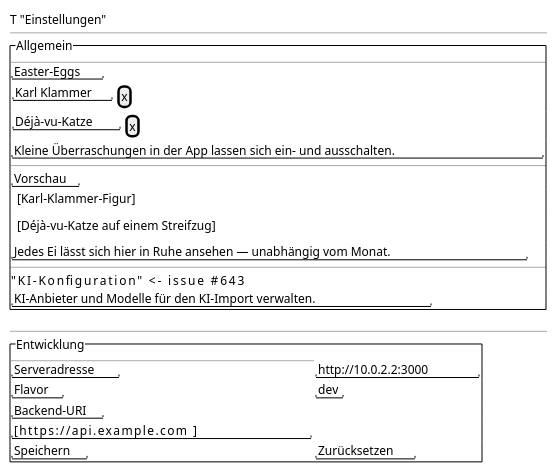
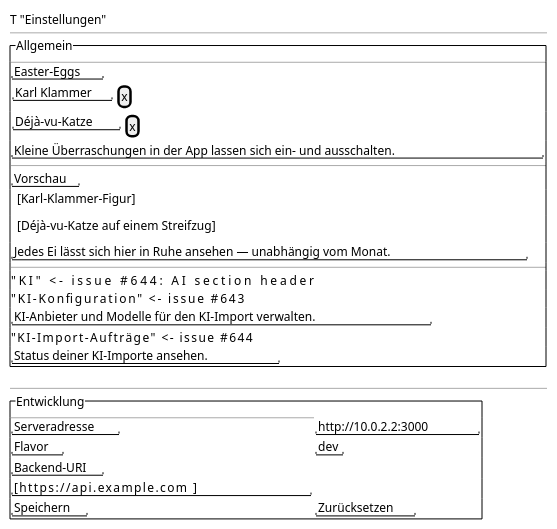
The diagram in docs/design/screens/settings.md (tradem/breakdown-rs), drawn with PlantUML before and after one commit. The commit also changed other lines of this file and 15 other files, not shown here.

````diff
--- a/docs/design/screens/settings.md
+++ b/docs/design/screens/settings.md
@@ -34,32 +36,35 @@
 ```plantuml
 @startsalt
 {
   T "Einstellungen"
   --
   {^ "Allgemein"
     --
     "Easter-Eggs"
     { "Karl Klammer" | [x] }
     { "Déjà-vu-Katze" | [x] }
     "Kleine Überraschungen in der App lassen sich ein- und ausschalten."
     --
     "Vorschau"
     {^ [Karl-Klammer-Figur] }
     {^ [Déjà-vu-Katze auf einem Streifzug] }
     "Jedes Ei lässt sich hier in Ruhe ansehen — unabhängig vom Monat."
     --
+    "KI"                                 <- issue #644: AI section header
     "KI-Konfiguration"                  <- issue #643
     "KI-Anbieter und Modelle für den KI-Import verwalten."
+    "KI-Import-Aufträge"                <- issue #644
+    "Status deiner KI-Importe ansehen."
   }
   --
   {^ "Entwicklung"
     --
     "Serveradresse" | "http://10.0.2.2:3000"
     "Flavor" | "dev"
     "Backend-URI"
     "[https://api.example.com            ]"
     "Speichern" | "Zurücksetzen"
   }
 }
 @endsalt
 ```
````
